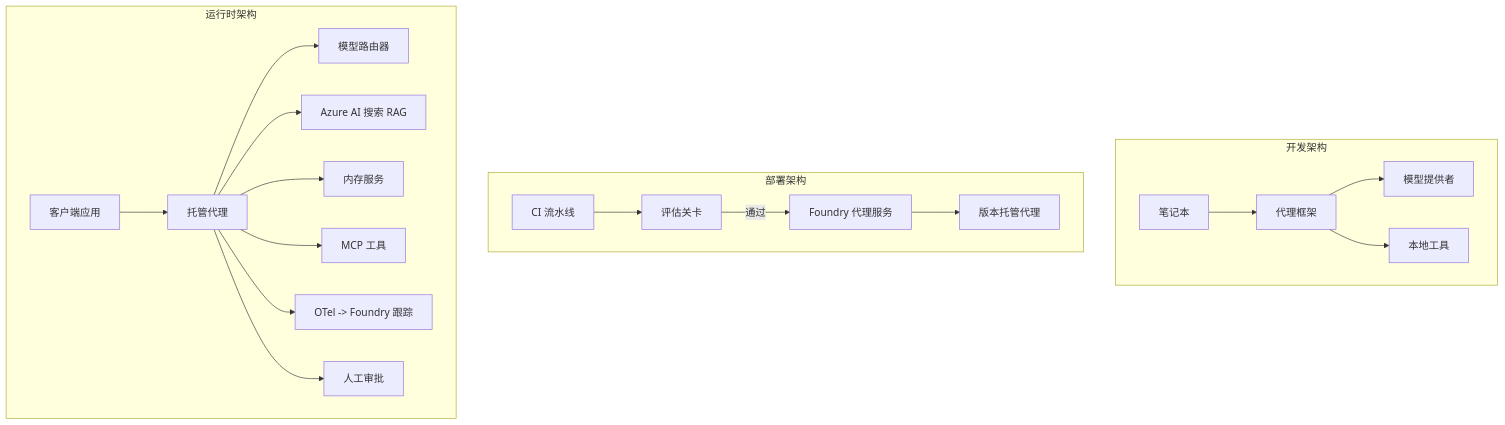
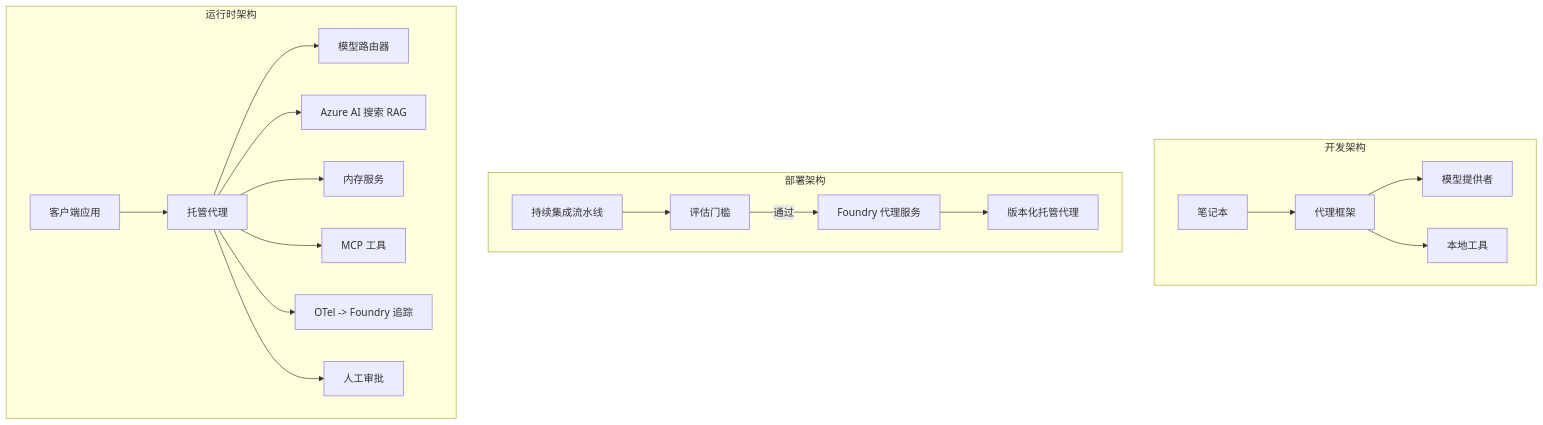
One commit to gabrielmoreira/agent-skills-mirror changed the fourth of 4 diagrams in mirrors/repos/microsoft@ai-agents-for-beginners/translations/zh-CN/16-deploying-scalable-agents/README.md. Above: the diagram before and after it, drawn with Mermaid. The commit also changed other lines of this file and 4262 other files, not shown here.

````diff
--- a/mirrors/repos/microsoft@ai-agents-for-beginners/translations/zh-CN/16-deploying-scalable-agents/README.md
+++ b/mirrors/repos/microsoft@ai-agents-for-beginners/translations/zh-CN/16-deploying-scalable-agents/README.md
@@ -185,22 +185,22 @@
 ```mermaid
 flowchart TB
     subgraph Dev[开发架构]
         D1[笔记本] --> D2[代理框架]
         D2 --> D3[模型提供者]
         D2 --> D4[本地工具]
     end
     subgraph Deploy[部署架构]
-        E1[CI 流水线] --> E2[评估关卡]
+        E1[持续集成流水线] --> E2[评估门槛]
         E2 -->|通过| E3[Foundry 代理服务]
-        E3 --> E4[版本托管代理]
+        E3 --> E4[版本化托管代理]
     end
     subgraph Run[运行时架构]
         F1[客户端应用] --> F2[托管代理]
         F2 --> F3[模型路由器]
         F2 --> F4[Azure AI 搜索 RAG]
         F2 --> F5[内存服务]
         F2 --> F6[MCP 工具]
-        F2 --> F7[OTel -> Foundry 跟踪]
+        F2 --> F7[OTel -> Foundry 追踪]
         F2 --> F8[人工审批]
     end
 ```
````
